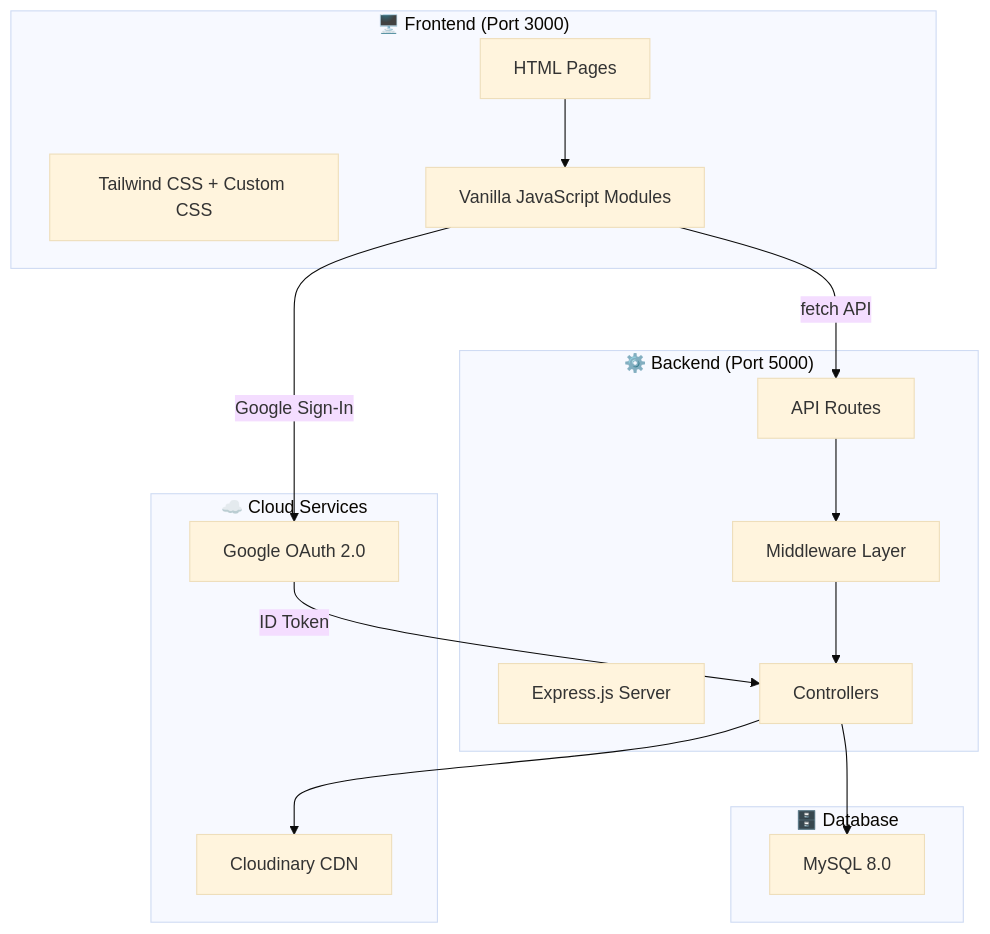
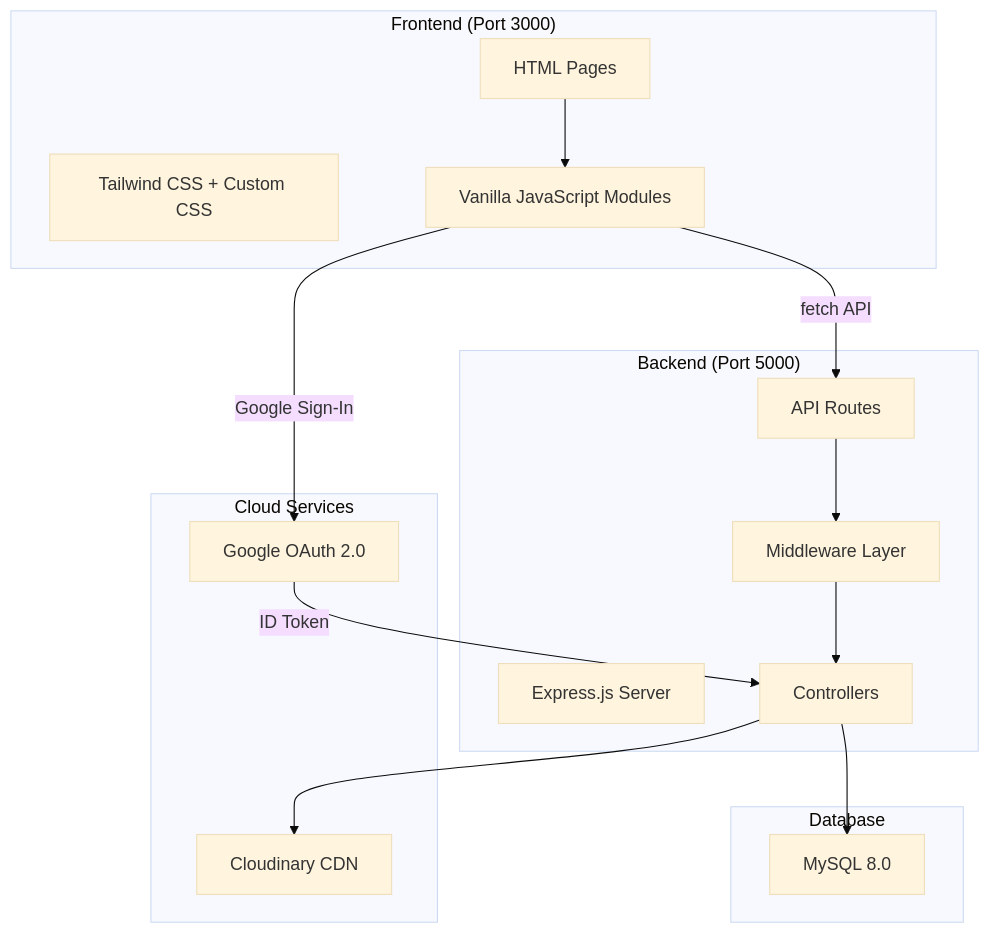
The first of 8 diagrams in docs/FLOWCHART.md (heyywillz/Sellout), drawn with Mermaid (base theme) before and after one commit. The commit also changed other lines of this file and 4 other files, not shown here.

````diff
--- a/docs/FLOWCHART.md
+++ b/docs/FLOWCHART.md
@@ -5,33 +5,33 @@
 ```mermaid
 graph TB
-    subgraph Client["🖥️ Frontend (Port 3000)"]
+    subgraph Client[" Frontend (Port 3000)"]
         HTML["HTML Pages"]
         CSS["Tailwind CSS + Custom CSS"]
         JS["Vanilla JavaScript Modules"]
     end
 
-    subgraph Server["⚙️ Backend (Port 5000)"]
+    subgraph Server[" Backend (Port 5000)"]
         Express["Express.js Server"]
         MW["Middleware Layer"]
         Controllers["Controllers"]
         Routes["API Routes"]
     end
 
-    subgraph DB["🗄️ Database"]
+    subgraph DB[" Database"]
         MySQL["MySQL 8.0"]
     end
 
-    subgraph Cloud["☁️ Cloud Services"]
+    subgraph Cloud[" Cloud Services"]
         Cloudinary["Cloudinary CDN"]
         Google["Google OAuth 2.0"]
     end
 
     HTML --> JS
     JS -->|"fetch API"| Routes
     Routes --> MW
     MW --> Controllers
     Controllers --> MySQL
     Controllers --> Cloudinary
     JS -->|"Google Sign-In"| Google
     Google -->|"ID Token"| Controllers
 ```
````
